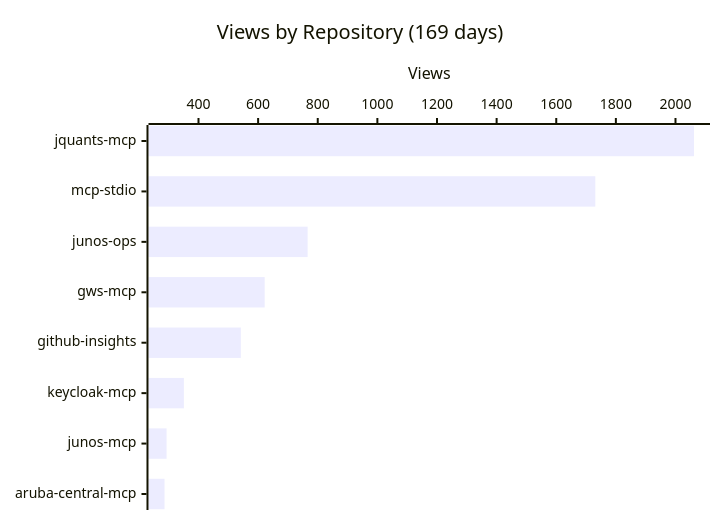
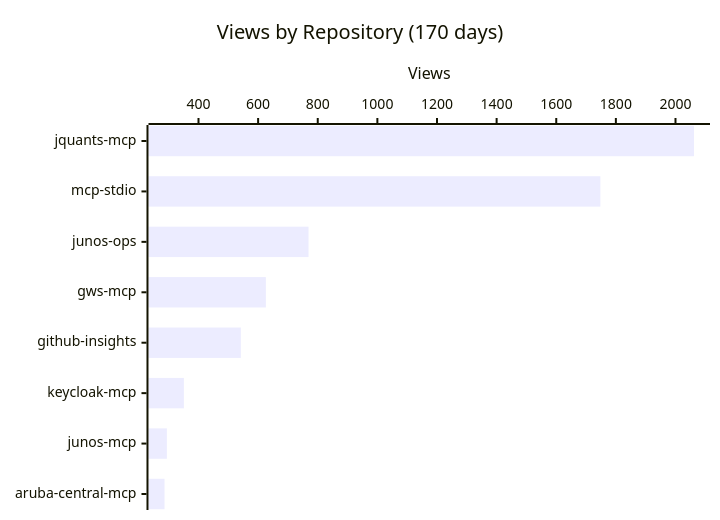
The first of 4 diagrams in README.md (shigechika/github-insights), drawn with Mermaid before and after one commit. The commit also changed other lines of this file and 2 other files, not shown here.

````diff
--- a/README.md
+++ b/README.md
@@ -18,7 +18,7 @@
 ```mermaid
 xychart-beta horizontal
-    title "Views by Repository (169 days)"
+    title "Views by Repository (170 days)"
     x-axis ["jquants-mcp", "mcp-stdio", "junos-ops", "gws-mcp", "github-insights", "keycloak-mcp", "junos-mcp", "aruba-central-mcp"]
     y-axis "Views"
-    bar [2062, 1731, 766, 622, 542, 351, 293, 286]
+    bar [2062, 1748, 769, 626, 542, 351, 294, 286]
 ```
````
